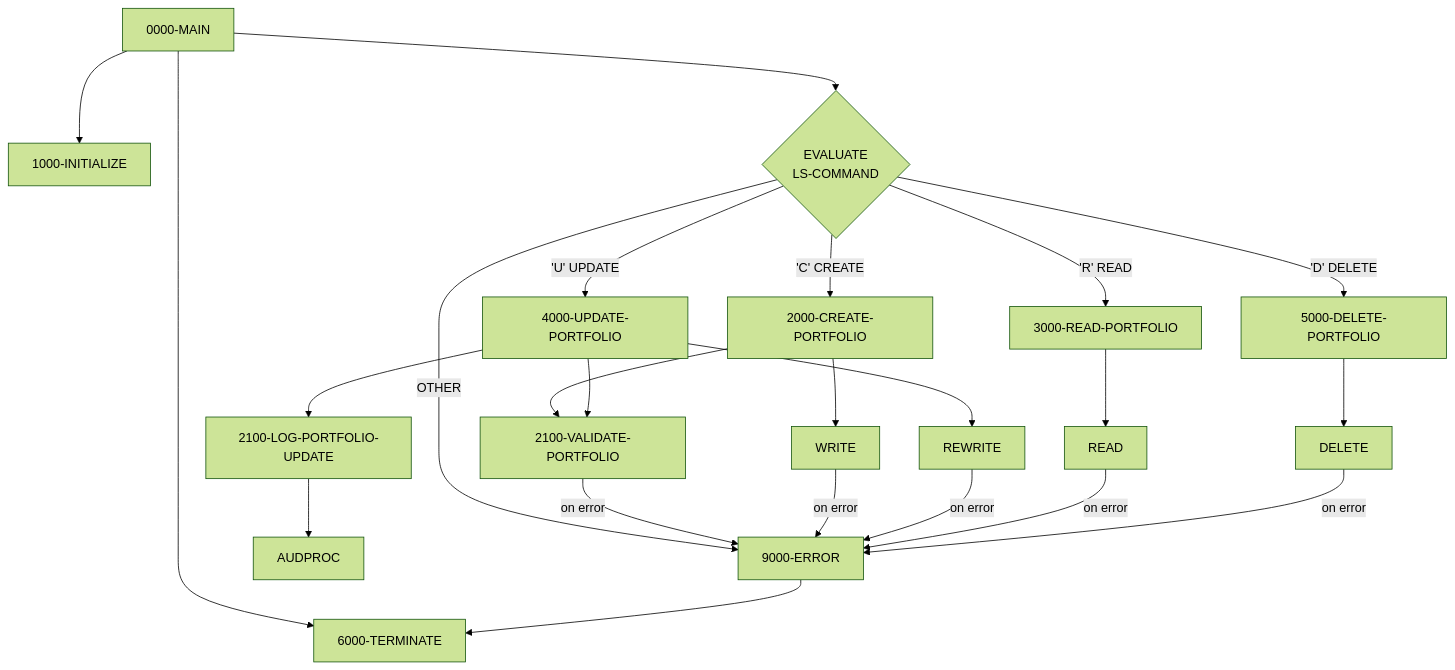
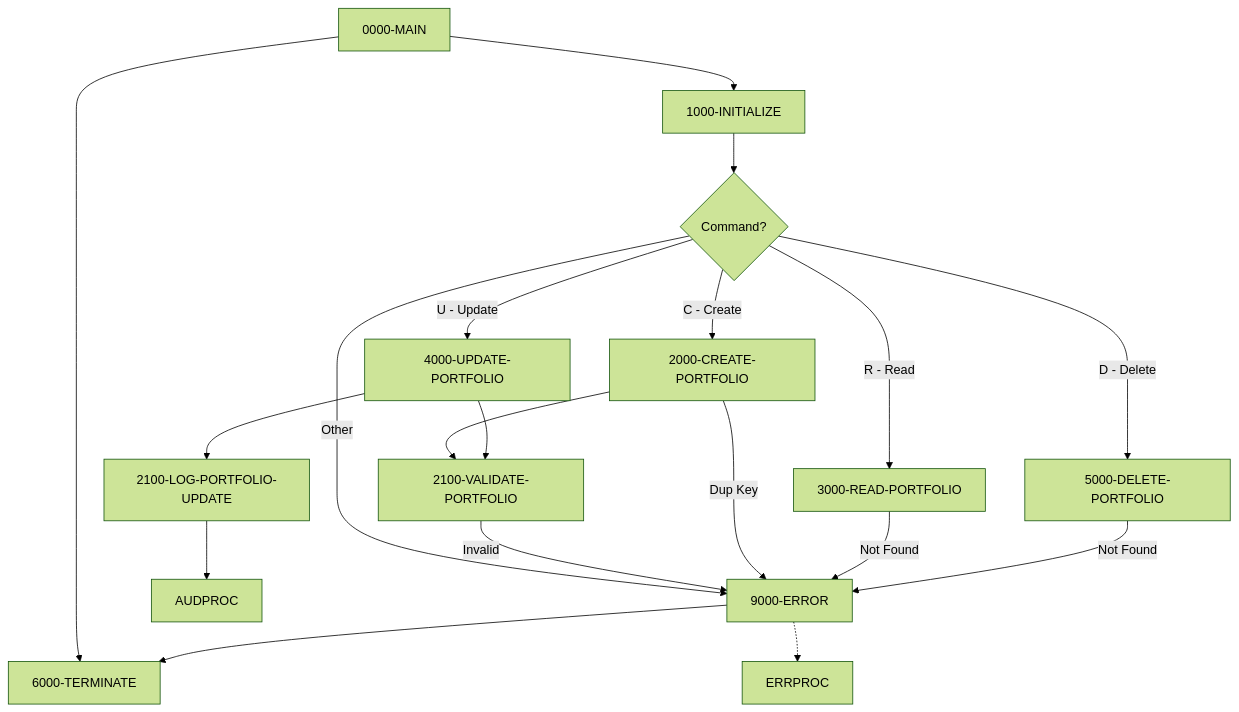
Before and after one commit to haladir-com/legacy-benchmark-docs-vb70e1: the diagram in docs/programs/PORTMSTR.mdx, drawn with Mermaid (forest theme). The commit also changed other lines of this file and 63 other files, not shown here.

````diff
--- a/docs/programs/PORTMSTR.mdx
+++ b/docs/programs/PORTMSTR.mdx
@@ -26,32 +20,27 @@
 ```mermaid
 graph TD
-    A["0000-MAIN"] --> B["1000-INITIALIZE"]
-    A --> C{"EVALUATE<br/>LS-COMMAND"}
-    A --> D["6000-TERMINATE"]
+    A[0000-MAIN] --> B[1000-INITIALIZE]
+    B --> C{Command?}
     
-    C -->|"'C' CREATE"| E["2000-CREATE-PORTFOLIO"]
-    C -->|"'R' READ"| F["3000-READ-PORTFOLIO"]
-    C -->|"'U' UPDATE"| G["4000-UPDATE-PORTFOLIO"]
-    C -->|"'D' DELETE"| H["5000-DELETE-PORTFOLIO"]
-    C -->|"OTHER"| I["9000-ERROR"]
+    C -->|C - Create| D[2000-CREATE-PORTFOLIO]
+    C -->|R - Read| E[3000-READ-PORTFOLIO]
+    C -->|U - Update| F[4000-UPDATE-PORTFOLIO]
+    C -->|D - Delete| G[5000-DELETE-PORTFOLIO]
+    C -->|Other| H[9000-ERROR]
     
-    E --> J["2100-VALIDATE-PORTFOLIO"]
-    E --> K["WRITE"]
+    D --> D1[2100-VALIDATE-PORTFOLIO]
+    D1 -->|Invalid| H
+    D -->|Dup Key| H
     
-    G --> J
-    G --> L["REWRITE"]
-    G --> M["2100-LOG-PORTFOLIO-UPDATE"]
+    F --> D1
+    F --> F1[2100-LOG-PORTFOLIO-UPDATE]
     
-    F --> N["READ"]
-    H --> O["DELETE"]
+    E -->|Not Found| H
+    G -->|Not Found| H
     
-    I --> D
+    A --> I[6000-TERMINATE]
+    H --> I
     
-    J -->|"on error"| I
-    K -->|"on error"| I
-    L -->|"on error"| I
-    N -->|"on error"| I
-    O -->|"on error"| I
-    
-    M --> P["AUDPROC"]
+    F1 --> J[AUDPROC]
+    H -.-> K[ERRPROC]
 ```
````
